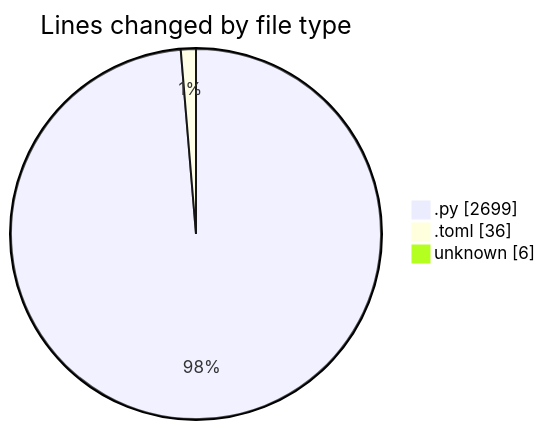
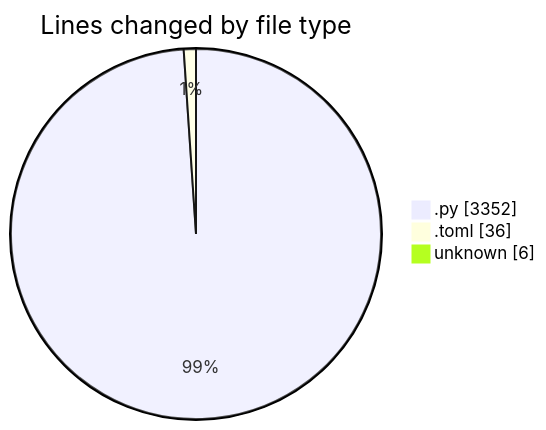
The first of 2 diagrams in 2025-11-20/eventscop-api-guide__workspace_/README.md (julien-gomy/code-tracking), drawn with Mermaid before and after one commit. The commit also changed other lines of this file and 1 other file, not shown here.

````diff
--- a/2025-11-20/eventscop-api-guide__workspace_/README.md
+++ b/2025-11-20/eventscop-api-guide__workspace_/README.md
@@ -32,7 +32,7 @@
 ```mermaid
 pie showData
 title Lines changed by file type
-".py" : 2699
+".py" : 3352
 ".toml" : 36
 "unknown" : 6
 ```
````
